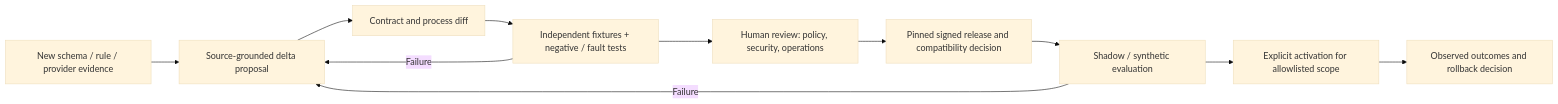
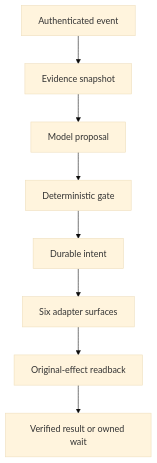
Before and after one commit to nikb-de/proofkey-dwelly: the second of 2 diagrams in docs/architecture.md, drawn with Mermaid (base theme). The commit also changed other lines of this file and 43 other files, not shown here.

Commit message:
Add model proposal and three-API-judge CLI/Docker; compact architecture

````diff
--- a/docs/architecture.md
+++ b/docs/architecture.md
@@ -272,13 +26,10 @@
 ```mermaid
-flowchart LR
-  S[New schema / rule / provider evidence] --> D[Source-grounded delta proposal]
-  D --> C[Contract and process diff]
-  C --> T[Independent fixtures + negative / fault tests]
-  T --> R[Human review: policy, security, operations]
-  R --> V[Pinned signed release and compatibility decision]
-  V --> SH[Shadow / synthetic evaluation]
-  SH --> A[Explicit activation for allowlisted scope]
-  A --> O[Observed outcomes and rollback decision]
-  T -->|Failure| D
-  SH -->|Failure| D
+flowchart TB
+  I[Authenticated event] --> E[Evidence snapshot]
+  E --> P[Model proposal]
+  P --> G[Deterministic gate]
+  G --> J[Durable intent]
+  J --> A[Six adapter surfaces]
+  A --> V[Original-effect readback]
+  V --> O[Verified result or owned wait]
 ```
````
